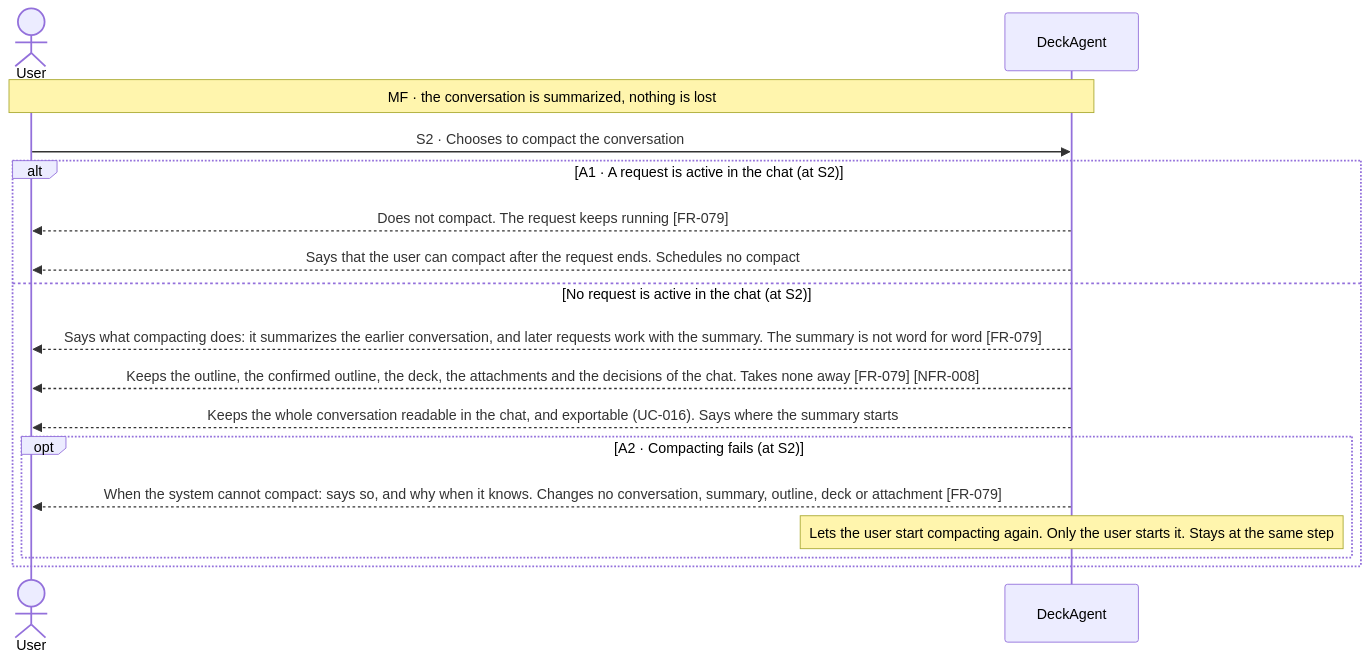
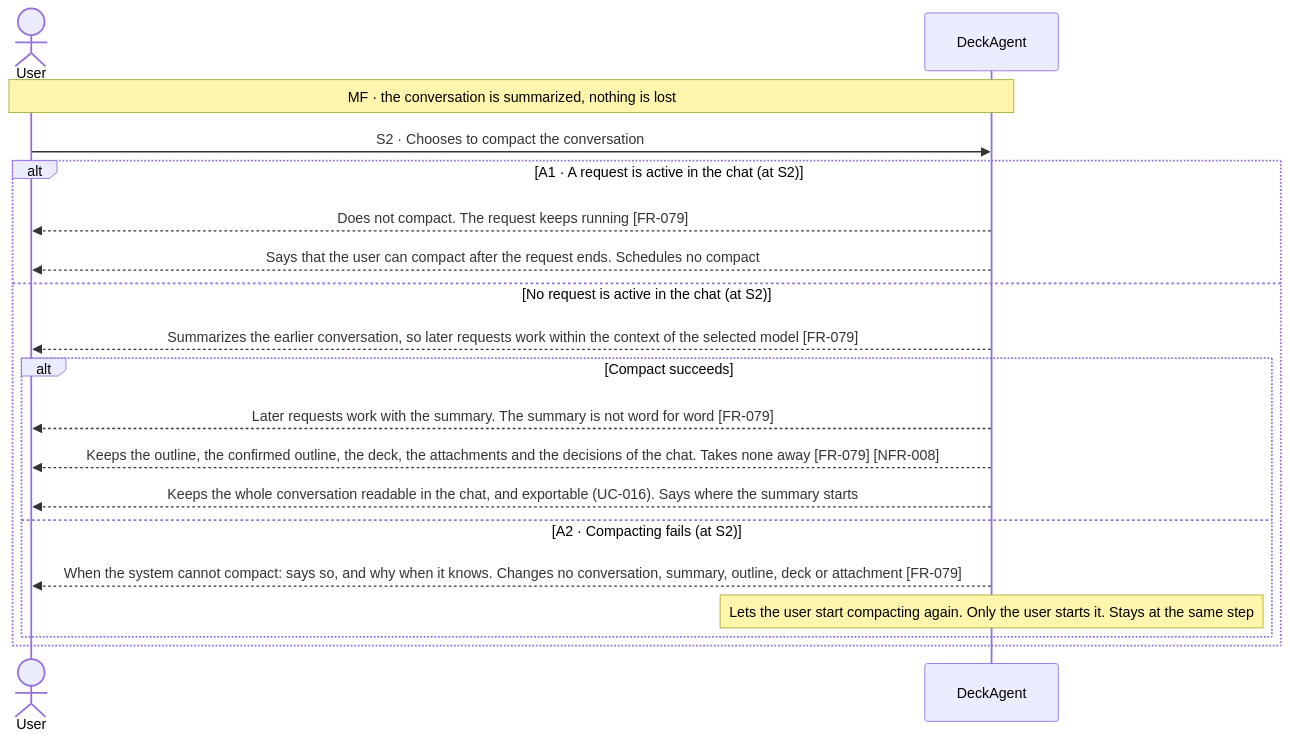
One commit to Luke23127006/DeckAgent changed the second of 2 diagrams in docs/spec/03-use-cases/UC-015.md. Above: the diagram before and after it, drawn with Mermaid. The commit also changed 4 other files, not shown here.

````diff
--- a/docs/spec/03-use-cases/UC-015.md
+++ b/docs/spec/03-use-cases/UC-015.md
@@ -52,19 +52,21 @@
 ```mermaid
 sequenceDiagram
     actor User
     participant DeckAgent
     Note over User,DeckAgent: MF · the conversation is summarized, nothing is lost
     User->>DeckAgent: S2 · Chooses to compact the conversation
     alt A1 · A request is active in the chat (at S2)
         DeckAgent-->>User: Does not compact. The request keeps running [FR-079]
         DeckAgent-->>User: Says that the user can compact after the request ends. Schedules no compact
     else No request is active in the chat (at S2)
-        DeckAgent-->>User: Says what compacting does: it summarizes the earlier conversation, and later requests work with the summary. The summary is not word for word [FR-079]
-        DeckAgent-->>User: Keeps the outline, the confirmed outline, the deck, the attachments and the decisions of the chat. Takes none away [FR-079] [NFR-008]
-        DeckAgent-->>User: Keeps the whole conversation readable in the chat, and exportable (UC-016). Says where the summary starts
-        opt A2 · Compacting fails (at S2)
+        DeckAgent-->>User: Summarizes the earlier conversation, so later requests work within the context of the selected model [FR-079]
+        alt Compact succeeds
+            DeckAgent-->>User: Later requests work with the summary. The summary is not word for word [FR-079]
+            DeckAgent-->>User: Keeps the outline, the confirmed outline, the deck, the attachments and the decisions of the chat. Takes none away [FR-079] [NFR-008]
+            DeckAgent-->>User: Keeps the whole conversation readable in the chat, and exportable (UC-016). Says where the summary starts
+        else A2 · Compacting fails (at S2)
             DeckAgent-->>User: When the system cannot compact: says so, and why when it knows. Changes no conversation, summary, outline, deck or attachment [FR-079]
             note over DeckAgent: Lets the user start compacting again. Only the user starts it. Stays at the same step
         end
     end
 ```
````
